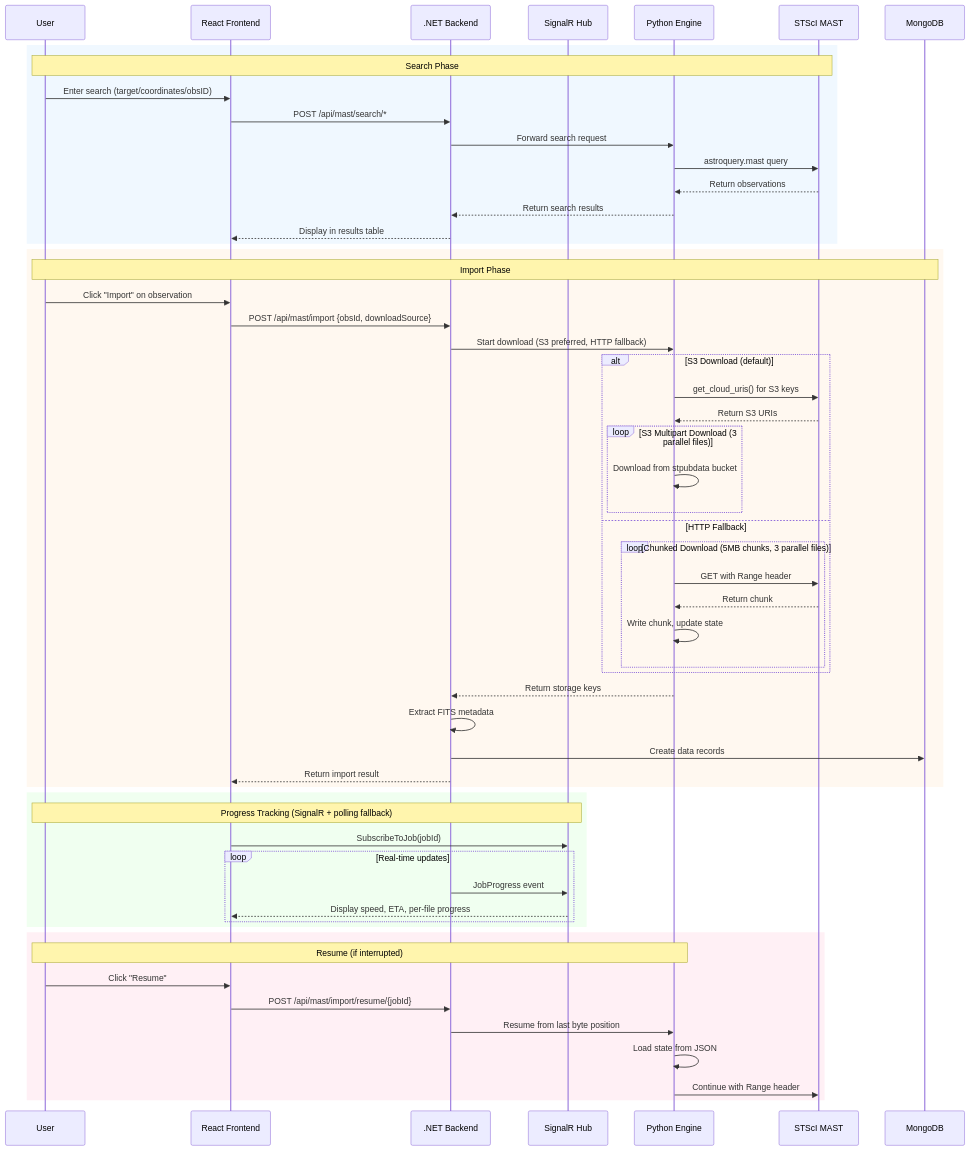
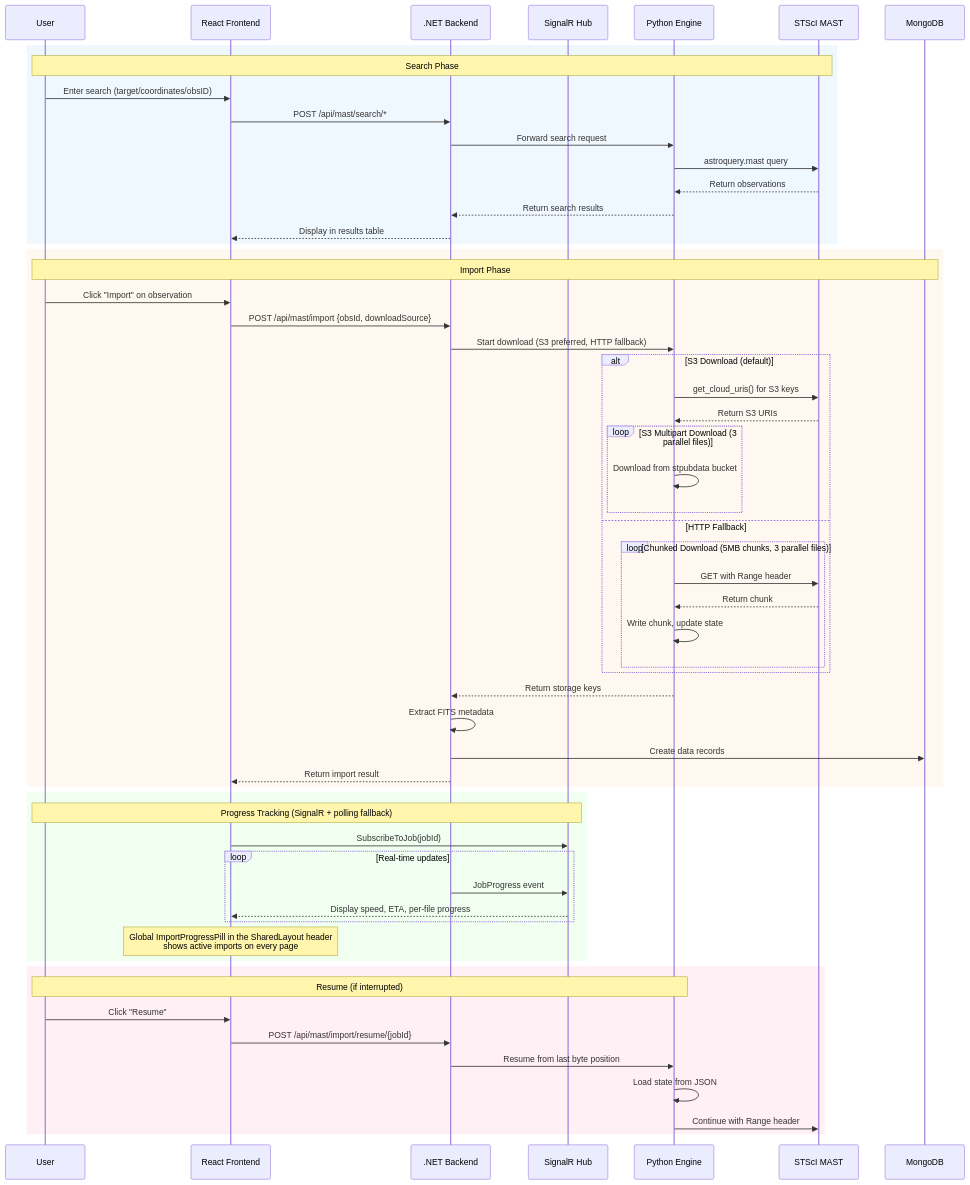
Before and after one commit to Snoww3d/jwst-data-analysis: the diagram in docs/architecture/mast-import-flow.md, drawn with Mermaid. The commit also changed other lines of this file and 47 other files, not shown here.

First line of the commit message:
feat: extract MAST search to public /archive route with global import pill (#1619)

````diff
--- a/docs/architecture/mast-import-flow.md
+++ b/docs/architecture/mast-import-flow.md
@@ -5,65 +7,66 @@
 ```mermaid
 sequenceDiagram
     participant User
     participant Frontend as React Frontend
     participant Backend as .NET Backend
     participant SignalR as SignalR Hub
     participant Processing as Python Engine
     participant MAST as STScI MAST
     participant MongoDB
 
     rect rgb(240, 248, 255)
         Note over User,MAST: Search Phase
         User->>Frontend: Enter search (target/coordinates/obsID)
         Frontend->>Backend: POST /api/mast/search/*
         Backend->>Processing: Forward search request
         Processing->>MAST: astroquery.mast query
         MAST-->>Processing: Return observations
         Processing-->>Backend: Return search results
         Backend-->>Frontend: Display in results table
     end
 
     rect rgb(255, 248, 240)
         Note over User,MongoDB: Import Phase
         User->>Frontend: Click "Import" on observation
         Frontend->>Backend: POST /api/mast/import {obsId, downloadSource}
         Backend->>Processing: Start download (S3 preferred, HTTP fallback)
 
         alt S3 Download (default)
             Processing->>MAST: get_cloud_uris() for S3 keys
             MAST-->>Processing: Return S3 URIs
             loop S3 Multipart Download (3 parallel files)
                 Processing->>Processing: Download from stpubdata bucket
             end
         else HTTP Fallback
             loop Chunked Download (5MB chunks, 3 parallel files)
                 Processing->>MAST: GET with Range header
                 MAST-->>Processing: Return chunk
                 Processing->>Processing: Write chunk, update state
             end
         end
 
         Processing-->>Backend: Return storage keys
         Backend->>Backend: Extract FITS metadata
         Backend->>MongoDB: Create data records
         Backend-->>Frontend: Return import result
     end
 
     rect rgb(240, 255, 240)
         Note over User,SignalR: Progress Tracking (SignalR + polling fallback)
         Frontend->>SignalR: SubscribeToJob(jobId)
         loop Real-time updates
             Backend->>SignalR: JobProgress event
             SignalR-->>Frontend: Display speed, ETA, per-file progress
         end
+        Note over Frontend: Global ImportProgressPill in the SharedLayout header<br/>shows active imports on every page
     end
 
     rect rgb(255, 240, 245)
         Note over User,Processing: Resume (if interrupted)
         User->>Frontend: Click "Resume"
         Frontend->>Backend: POST /api/mast/import/resume/{jobId}
         Backend->>Processing: Resume from last byte position
         Processing->>Processing: Load state from JSON
         Processing->>MAST: Continue with Range header
     end
 ```
````
